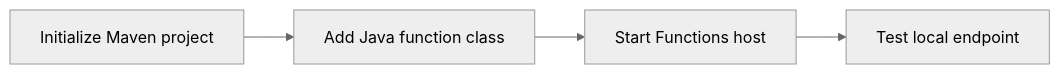
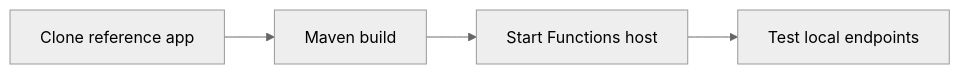
Before and after one commit to yeongseon/azure-functions-practical-guide: the diagram in docs/language-guides/java/tutorial/premium/01-local-run.md, drawn with Mermaid (neutral theme). The commit also changed other lines of this file and 7 other files, not shown here.

````diff
--- a/docs/language-guides/java/tutorial/premium/01-local-run.md
+++ b/docs/language-guides/java/tutorial/premium/01-local-run.md
@@ -17,6 +35,6 @@
 ```mermaid
 flowchart LR
-    A[Initialize Maven project] --> B[Add Java function class]
+    A[Clone reference app] --> B[Maven build]
     B --> C[Start Functions host]
-    C --> D[Test local endpoint]
+    C --> D[Test local endpoints]
 ```
````
